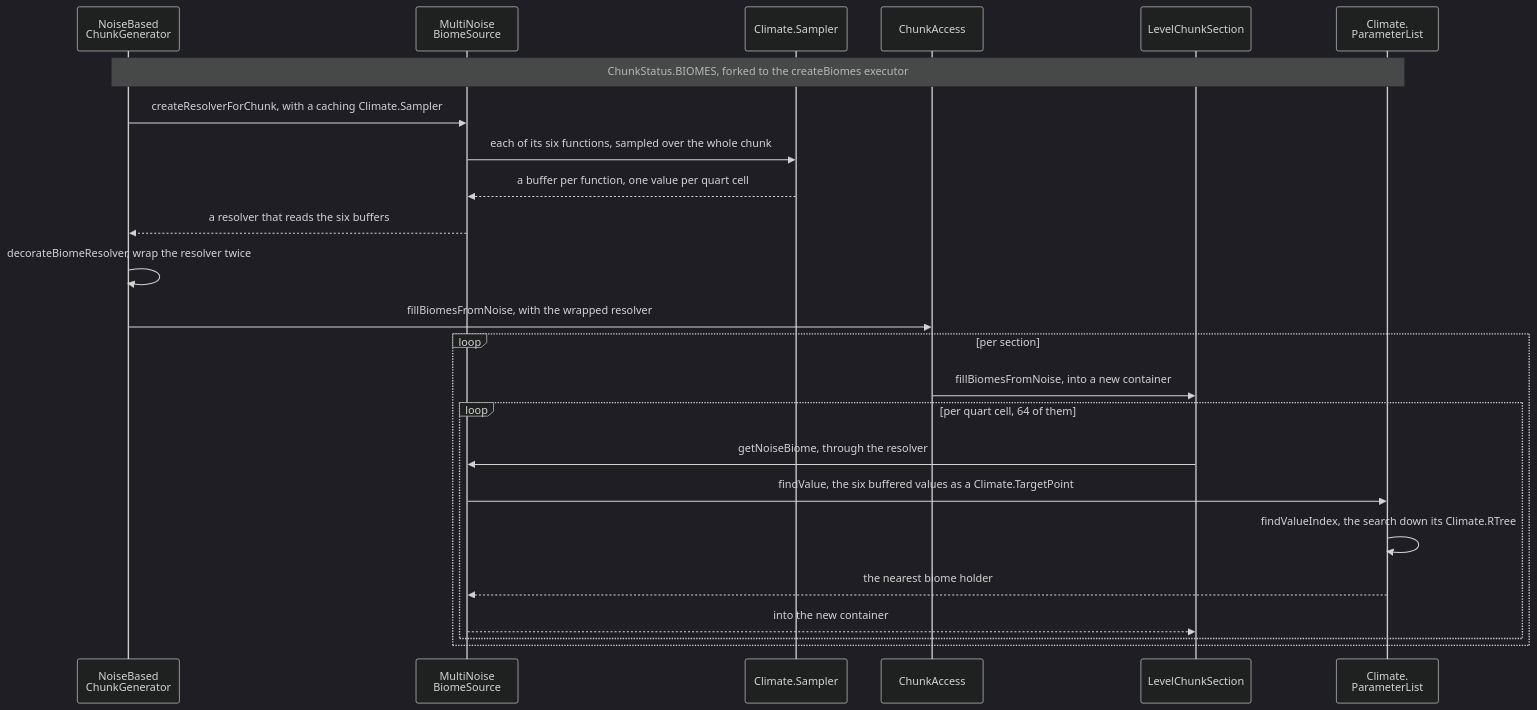
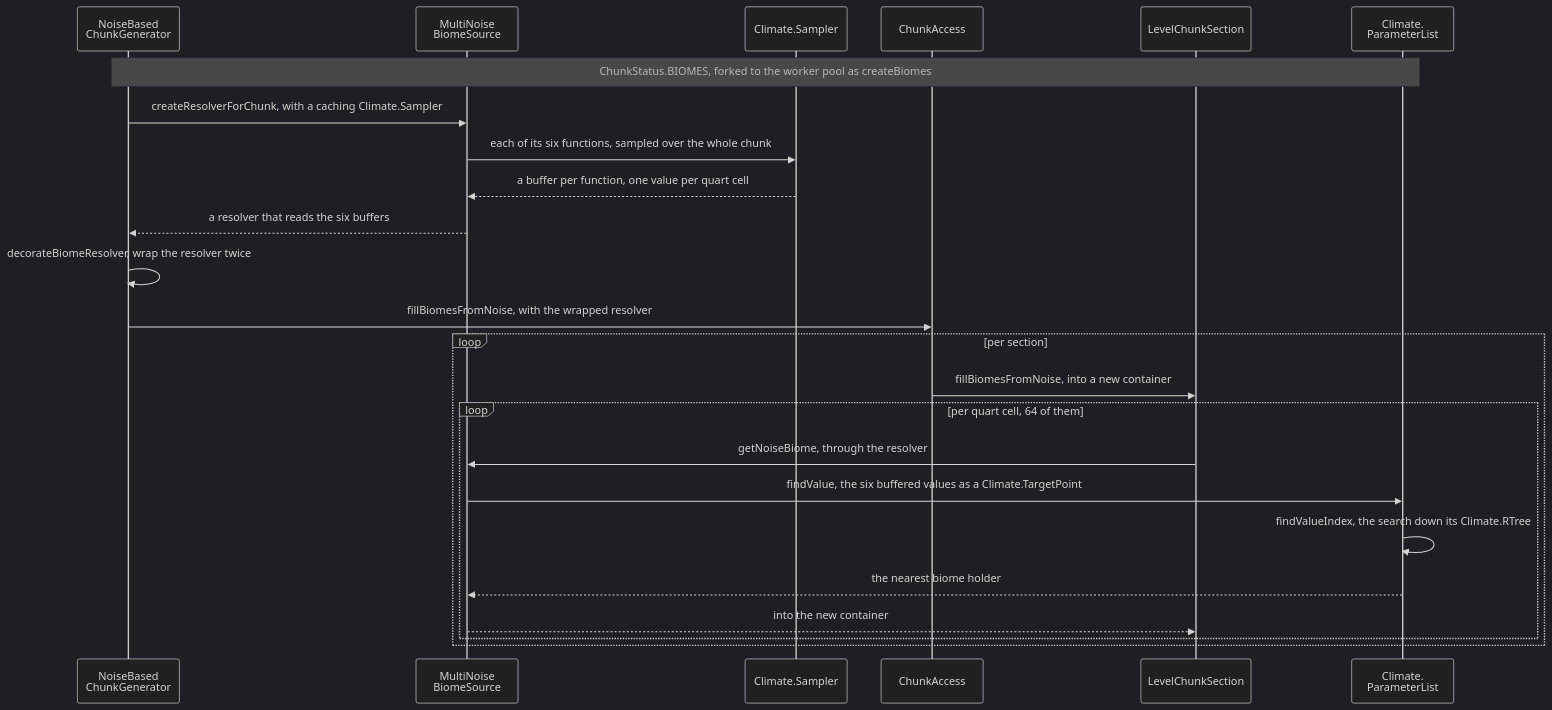
Before and after one commit to AlexanderjFraser/MinecraftDocs: the diagram in src/systems/worldgen/biomes.md, drawn with Mermaid (dark theme). The commit also changed other lines of this file and 25 other files, not shown here.

````diff
--- a/src/systems/worldgen/biomes.md
+++ b/src/systems/worldgen/biomes.md
@@ -37,27 +34,27 @@
 ```mermaid
 sequenceDiagram
     participant NBC as NoiseBased<br/>ChunkGenerator
     participant MNBS as MultiNoise<br/>BiomeSource
     participant ClimS as Climate.Sampler
     participant CA as ChunkAccess
     participant LCS as LevelChunkSection
     participant CPList as Climate.<br/>ParameterList
 
-    Note over NBC,CPList: ChunkStatus.BIOMES, forked to the createBiomes executor
+    Note over NBC,CPList: ChunkStatus.BIOMES, forked to the worker pool as createBiomes
     NBC->>MNBS: createResolverForChunk, with a caching Climate.Sampler
     MNBS->>ClimS: each of its six functions, sampled over the whole chunk
     ClimS-->>MNBS: a buffer per function, one value per quart cell
     MNBS-->>NBC: a resolver that reads the six buffers
     NBC->>NBC: decorateBiomeResolver, wrap the resolver twice
     NBC->>CA: fillBiomesFromNoise, with the wrapped resolver
     loop per section
         CA->>LCS: fillBiomesFromNoise, into a new container
         loop per quart cell, 64 of them
             LCS->>MNBS: getNoiseBiome, through the resolver
             MNBS->>CPList: findValue, the six buffered values as a Climate.TargetPoint
             CPList->>CPList: findValueIndex, the search down its Climate.RTree
             CPList-->>MNBS: the nearest biome holder
             MNBS-->>LCS: into the new container
         end
     end
 ```
````
